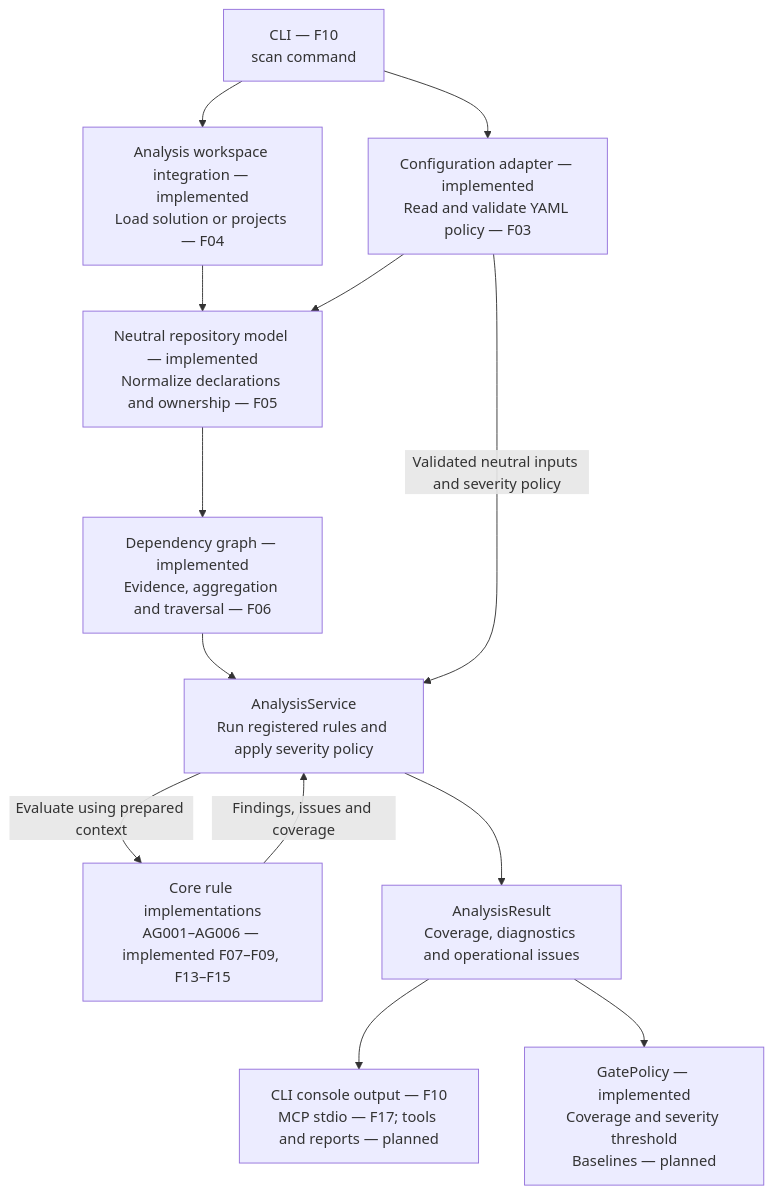
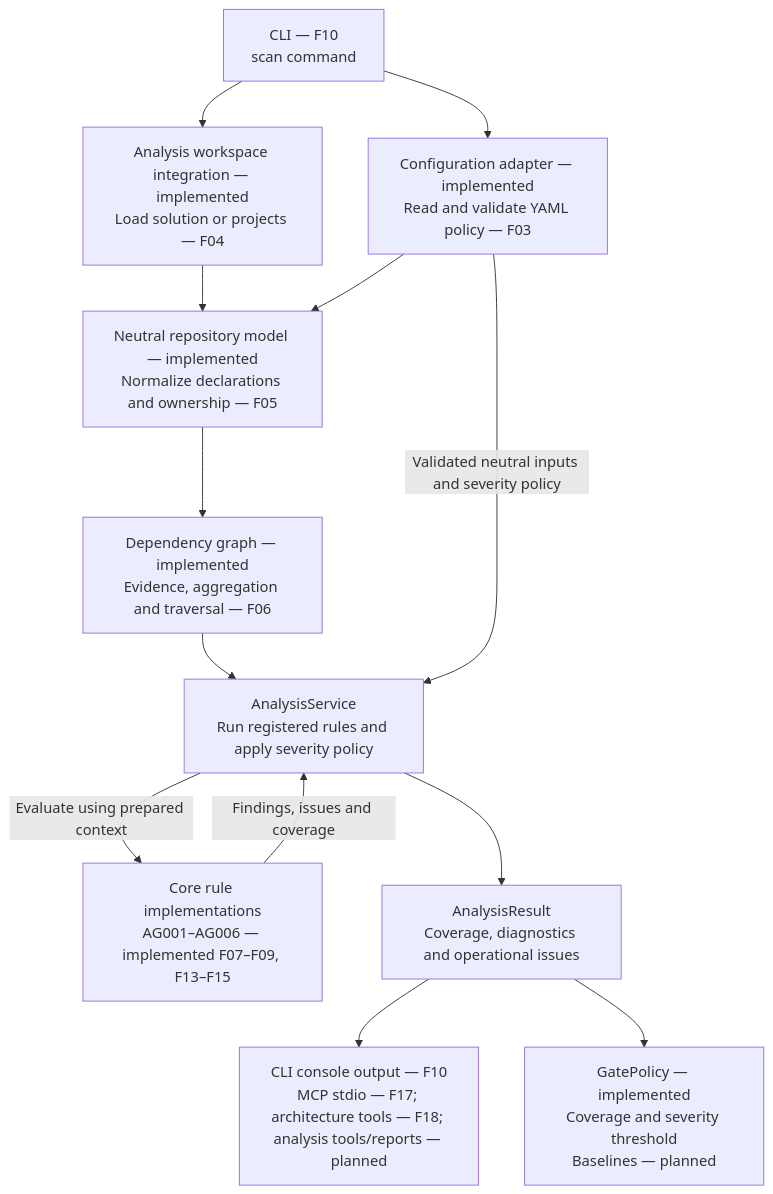
Before and after one commit to kbourzayq/arch-guard: the second of 3 diagrams in docs/architecture/overview.md, drawn with Mermaid. The commit also changed other lines of this file and 26 other files, not shown here.

First line of the commit message:
feat(mcp): expose architecture and rule context (#63)

````diff
--- a/docs/architecture/overview.md
+++ b/docs/architecture/overview.md
@@ -148,26 +150,26 @@
 ```mermaid
 flowchart TD
     Host["CLI — F10<br/>scan command"]
     Configuration["Configuration adapter — implemented<br/>Read and validate YAML policy — F03"]
     Workspace["Analysis workspace integration — implemented<br/>Load solution or projects — F04"]
     Context["Neutral repository model — implemented<br/>Normalize declarations and ownership — F05"]
     Graph["Dependency graph — implemented<br/>Evidence, aggregation and traversal — F06"]
     Service["AnalysisService<br/>Run registered rules and apply severity policy"]
     Rules["Core rule implementations<br/>AG001–AG006 — implemented F07–F09, F13–F15"]
     Result["AnalysisResult<br/>Coverage, diagnostics and operational issues"]
-    Output["CLI console output — F10<br/>MCP stdio — F17; tools and reports — planned"]
+    Output["CLI console output — F10<br/>MCP stdio — F17; architecture tools — F18; analysis tools/reports — planned"]
     Gate["GatePolicy — implemented<br/>Coverage and severity threshold<br/>Baselines — planned"]
 
     Host --> Configuration
     Host --> Workspace
     Workspace --> Context
     Configuration --> Context
     Context --> Graph
     Graph --> Service
     Configuration -->|"Validated neutral inputs and severity policy"| Service
     Service -->|"Evaluate using prepared context"| Rules
     Rules -->|"Findings, issues and coverage"| Service
     Service --> Result
     Result --> Output
     Result --> Gate
 ```
````
